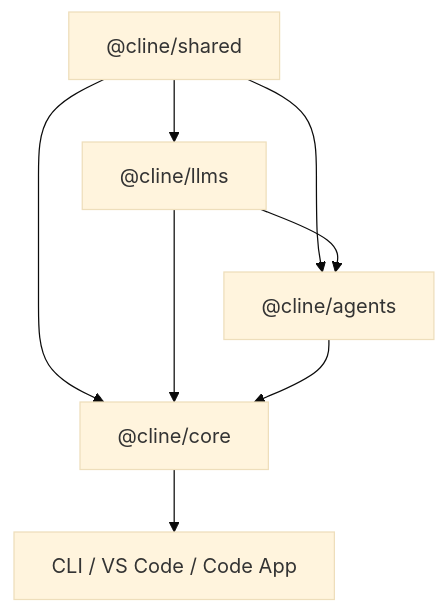
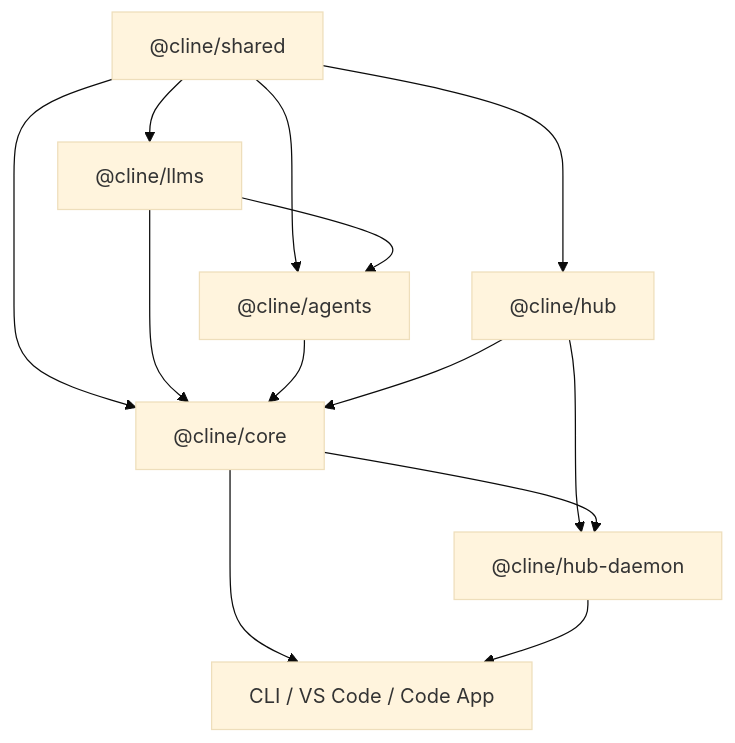
One commit to cline/cline changed the diagram in sdk/AGENTS.md. Above: the diagram before and after it, drawn with Mermaid (base theme). The commit also changed other lines of this file and 195 other files, not shown here.

Commit message:
refactor(sdk): extract hub from core

````diff
--- a/sdk/AGENTS.md
+++ b/sdk/AGENTS.md
@@ -28,7 +30,9 @@
 ```mermaid
 flowchart TD
-  shared["@cline/shared"] --> llms["@cline/llms"] & agents["@cline/agents"] & core["@cline/core"]
+  shared["@cline/shared"] --> llms["@cline/llms"] & agents["@cline/agents"] & hub["@cline/hub"] & core["@cline/core"]
   llms --> agents & core
   agents --> core
-  core --> apps["CLI / VS Code / Code App"]
+  hub --> core & daemon["@cline/hub-daemon"]
+  core --> daemon & apps["CLI / VS Code / Code App"]
+  daemon --> apps
 ```
````
